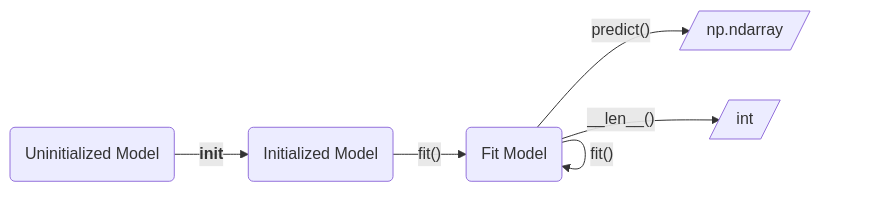
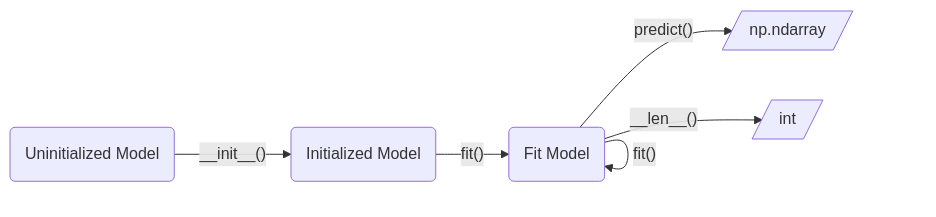
One commit to alexisdrakopoulos/personal_website changed the diagram in content/posts/python/hidden_state_machines.md. Above: the diagram before and after it, drawn with Mermaid.

Commit message:
cleanup typo

```diff
--- a/content/posts/python/hidden_state_machines.md
+++ b/content/posts/python/hidden_state_machines.md
@@ -53,8 +53,8 @@
 {{< mermaid >}}
 flowchart LR
-    y("Uninitialized Model") --> |"`__init__`"| h("Initialized Model")
+    y("Uninitialized Model") --> |"__init__()"| h("Initialized Model")
     h --> |"fit()"| r("Fit Model")
     r --> |"fit()"| r
     r --> |"predict()"| su[/"np.ndarray"/]
     r --> |"__len__()"| suf[/"int"/]
 {{< /mermaid >}}
```
